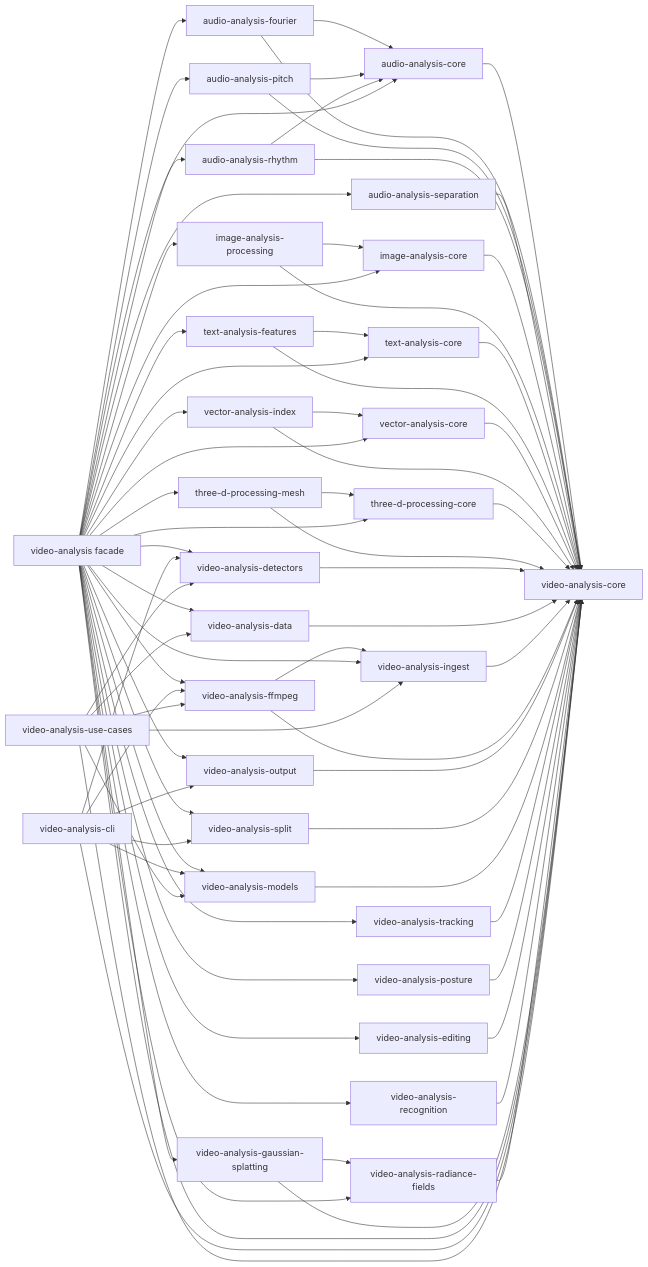
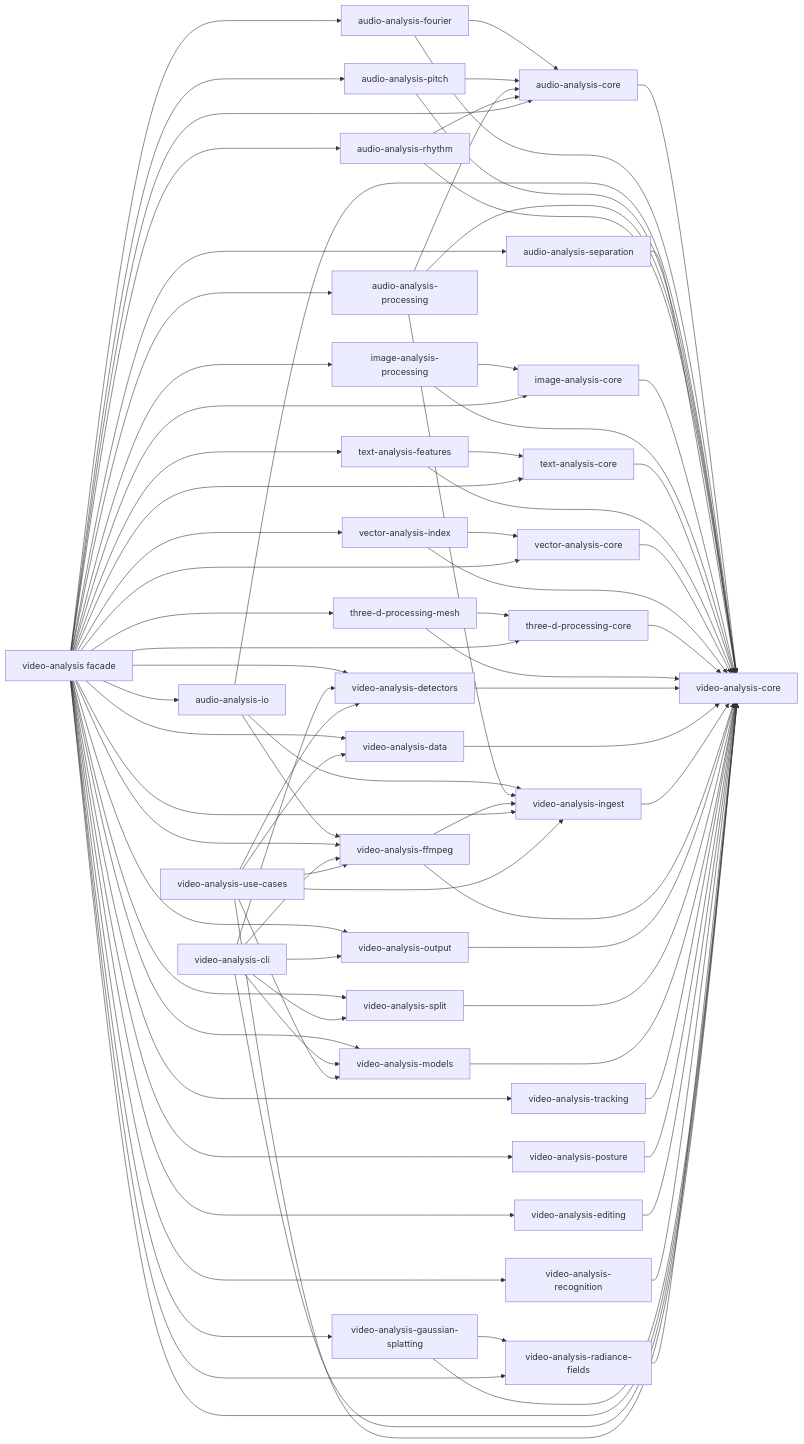
The diagram in README.md (moritzbrantner/rust-packages), drawn with Mermaid before and after one commit. The commit also changed other lines of this file and 9 other files, not shown here.

First line of the commit message:
Add audio input and processing crates

```diff
--- a/README.md
+++ b/README.md
@@ -172,7 +178,9 @@
     core[video-analysis-core]
     audiocore[audio-analysis-core]
     fourier[audio-analysis-fourier]
+    audioio[audio-analysis-io]
     pitch[audio-analysis-pitch]
+    audioprocessing[audio-analysis-processing]
     rhythm[audio-analysis-rhythm]
     separation[audio-analysis-separation]
     imagecore[image-analysis-core]
@@ -205,8 +213,14 @@
     audiocore --> core
     fourier --> audiocore
     fourier --> core
+    audioio --> core
+    audioio --> ingest
+    audioio --> ffmpeg
     pitch --> audiocore
     pitch --> core
+    audioprocessing --> audiocore
+    audioprocessing --> core
+    audioprocessing --> ingest
     rhythm --> audiocore
     rhythm --> core
     separation --> core
@@ -255,7 +269,9 @@
     root --> split
     root --> audiocore
     root --> fourier
+    root --> audioio
     root --> pitch
+    root --> audioprocessing
     root --> rhythm
     root --> separation
     root --> imagecore
```
